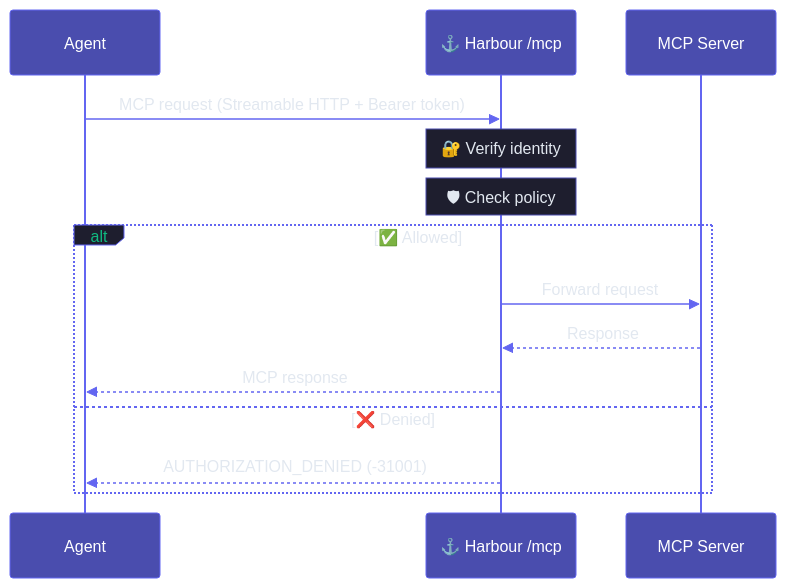
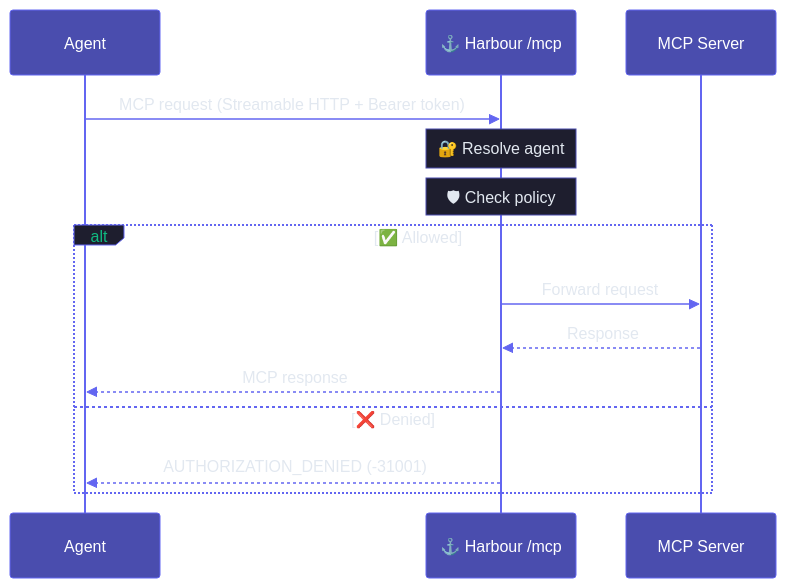
Before and after one commit to steerholm/steerholm: the diagram in docs/concepts/architecture.mdx, drawn with Mermaid. The commit also changed other lines of this file and 28 other files, not shown here.

````diff
--- a/docs/concepts/architecture.mdx
+++ b/docs/concepts/architecture.mdx
@@ -96,21 +96,21 @@
 ```mermaid
 %%{init: {'theme': 'base', 'themeVariables': {'actorBkg': '#4a4dae', 'actorTextColor': '#fff', 'actorBorder': '#6366f1', 'activationBorderColor': '#6366f1', 'activationBkgColor': '#2d2d5e', 'signalColor': '#6366f1', 'signalTextColor': '#e2e8f0', 'noteBkgColor': '#1e1e2e', 'noteTextColor': '#e2e8f0', 'noteBorderColor': '#4a4dae', 'altSectionBkgColor': '#16162a', 'loopTextColor': '#e2e8f0', 'labelBoxBkgColor': '#1e1e2e', 'labelTextColor': '#10b981'}}}%%
 
 sequenceDiagram
     participant Agent
     participant Daemon as ⚓ Harbour /mcp
     participant Server as MCP Server
 
     Agent->>Daemon: MCP request (Streamable HTTP + Bearer token)
 
-    Note over Daemon: 🔐 Verify identity
+    Note over Daemon: 🔐 Resolve agent
     Note over Daemon: 🛡 Check policy
 
     alt ✅ Allowed
         Daemon->>Server: Forward request
         Server-->>Daemon: Response
         Daemon-->>Agent: MCP response
     else ❌ Denied
         Daemon-->>Agent: AUTHORIZATION_DENIED (-31001)
     end
 ```
````
